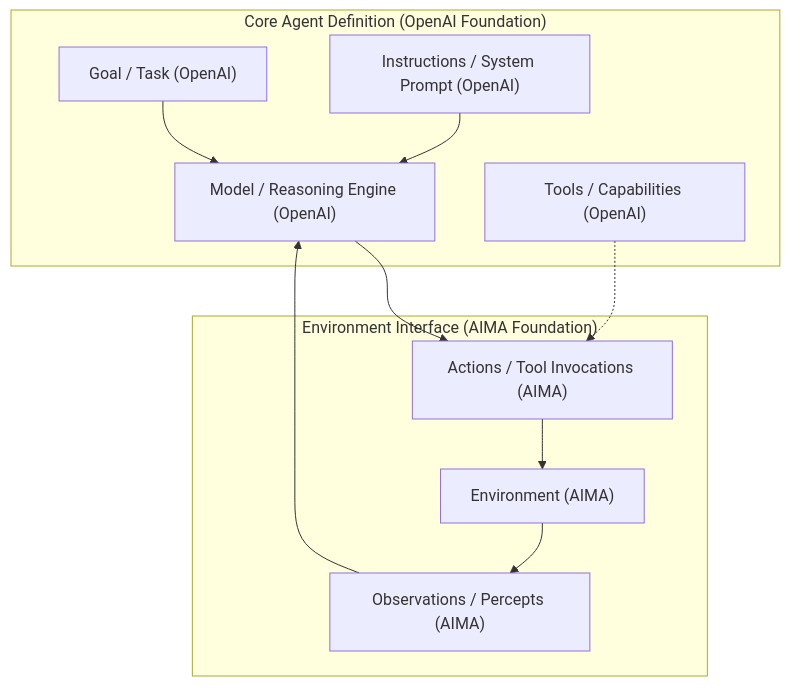
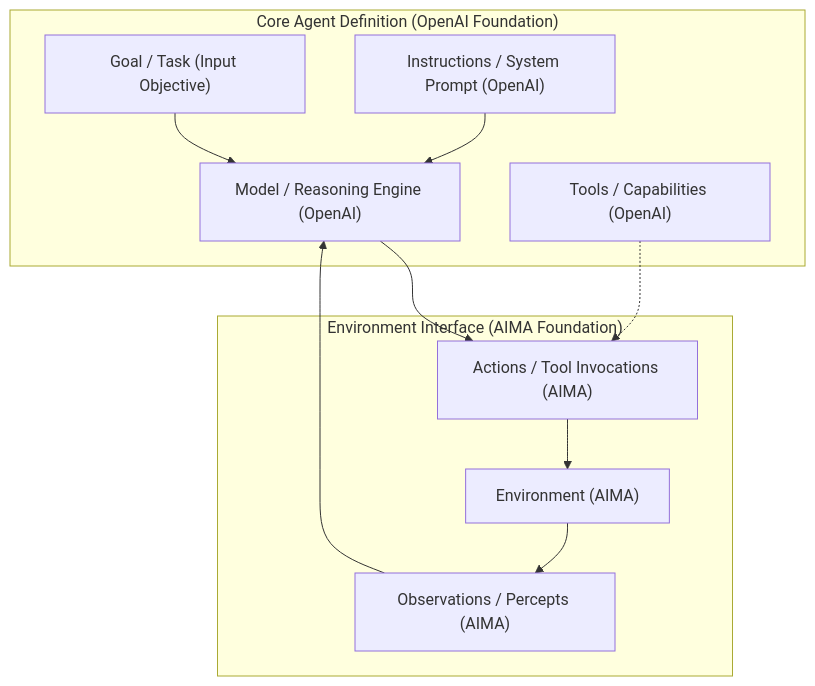
The third of 8 diagrams in module-01-agentic-ai-foundations/content/02-anatomy-of-an-agent-and-state.md (sivaskm/agentic-ai-engineering), drawn with Mermaid before and after one commit. The commit also changed other lines of this file and 8 other files, not shown here.

````diff
--- a/module-01-agentic-ai-foundations/content/02-anatomy-of-an-agent-and-state.md
+++ b/module-01-agentic-ai-foundations/content/02-anatomy-of-an-agent-and-state.md
@@ -99,23 +100,23 @@
 ```mermaid
 flowchart TD
     subgraph AgentCore ["Core Agent Definition (OpenAI Foundation)"]
-        Goal["Goal / Task (OpenAI)"]
+        Goal["Goal / Task (Input Objective)"]
         Instr["Instructions / System Prompt (OpenAI)"]
         Model["Model / Reasoning Engine (OpenAI)"]
         Tools["Tools / Capabilities (OpenAI)"]
     end
 
     subgraph WorldInteraction ["Environment Interface (AIMA Foundation)"]
         Actions["Actions / Tool Invocations (AIMA)"]
         Env["Environment (AIMA)"]
         Obs["Observations / Percepts (AIMA)"]
     end
 
     Goal --> Model
     Instr --> Model
     Model --> Actions
     Tools -.-> Actions
     Actions --> Env
     Env --> Obs
     Obs --> Model
 ```
````
